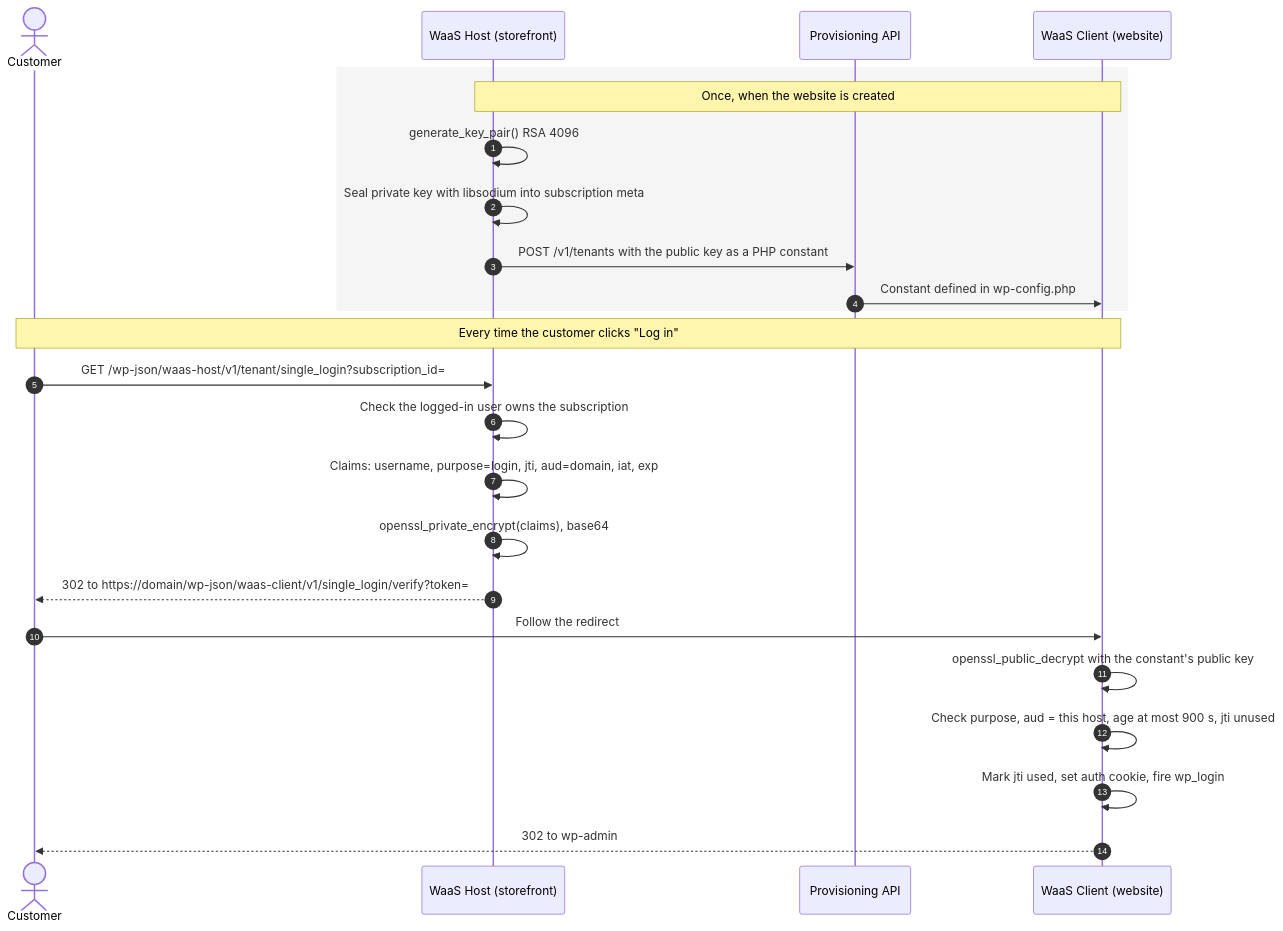
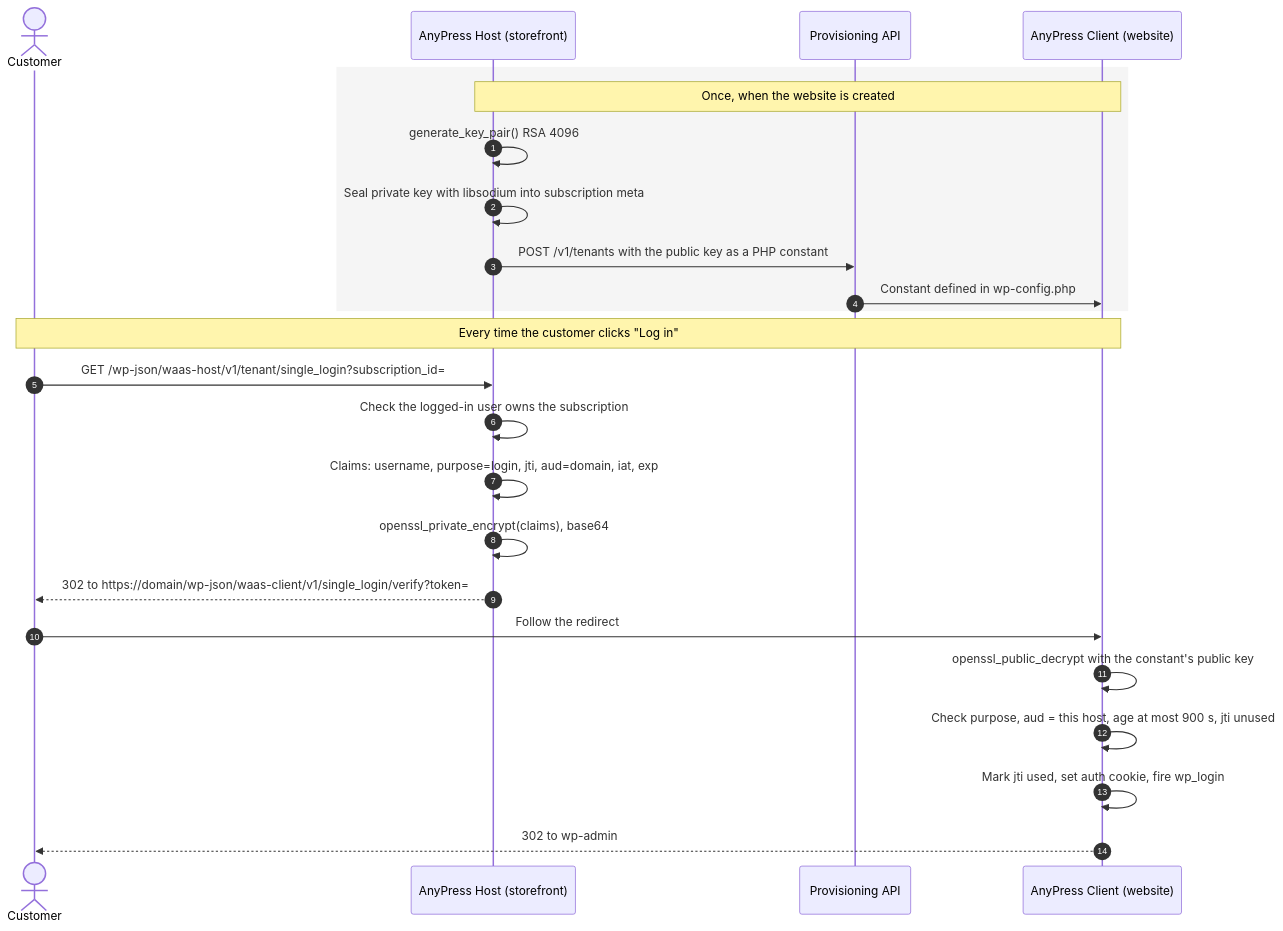
Before and after one commit to hamchowderr/waas-plugins: the third of 5 diagrams in docs/architecture/README.md, drawn with Mermaid. The commit also changed other lines of this file and 74 other files, not shown here.

First line of the commit message:
AnyPress Host 2.11.0, AnyPress Client 2.13.0, AnyPress Payments 0.2.0-beta.3: AnyPress names (waas-api-x4a)

````diff
--- a/docs/architecture/README.md
+++ b/docs/architecture/README.md
@@ -107,28 +107,28 @@
 ```mermaid
 sequenceDiagram
   autonumber
   actor C as Customer
-  participant HOST as WaaS Host (storefront)
+  participant HOST as AnyPress Host (storefront)
   participant API as Provisioning API
-  participant CL as WaaS Client (website)
+  participant CL as AnyPress Client (website)
 
   rect rgba(127,127,127,0.08)
   Note over HOST,CL: Once, when the website is created
   HOST->>HOST: generate_key_pair() RSA 4096
   HOST->>HOST: Seal private key with libsodium into subscription meta
   HOST->>API: POST /v1/tenants with the public key as a PHP constant
   API->>CL: Constant defined in wp-config.php
   end
 
   Note over C,CL: Every time the customer clicks "Log in"
   C->>HOST: GET /wp-json/waas-host/v1/tenant/single_login?subscription_id=
   HOST->>HOST: Check the logged-in user owns the subscription
   HOST->>HOST: Claims: username, purpose=login, jti, aud=domain, iat, exp
   HOST->>HOST: openssl_private_encrypt(claims), base64
   HOST-->>C: 302 to https://domain/wp-json/waas-client/v1/single_login/verify?token=
   C->>CL: Follow the redirect
   CL->>CL: openssl_public_decrypt with the constant's public key
   CL->>CL: Check purpose, aud = this host, age at most 900 s, jti unused
   CL->>CL: Mark jti used, set auth cookie, fire wp_login
   CL-->>C: 302 to wp-admin
 ```
````
